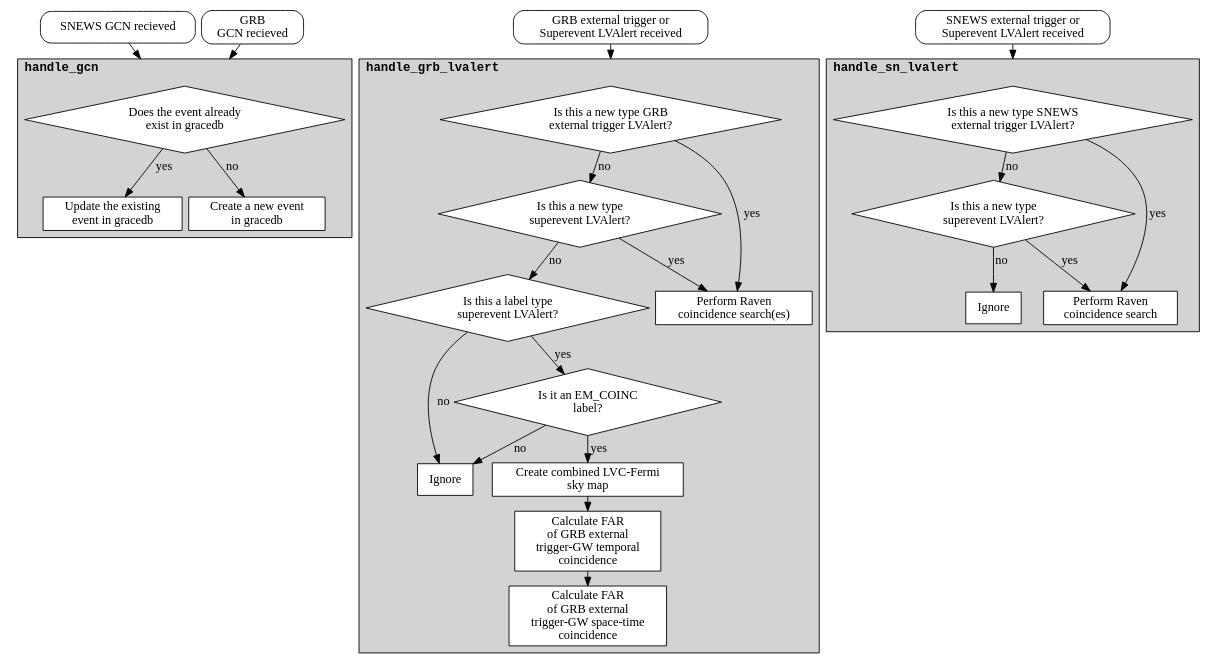
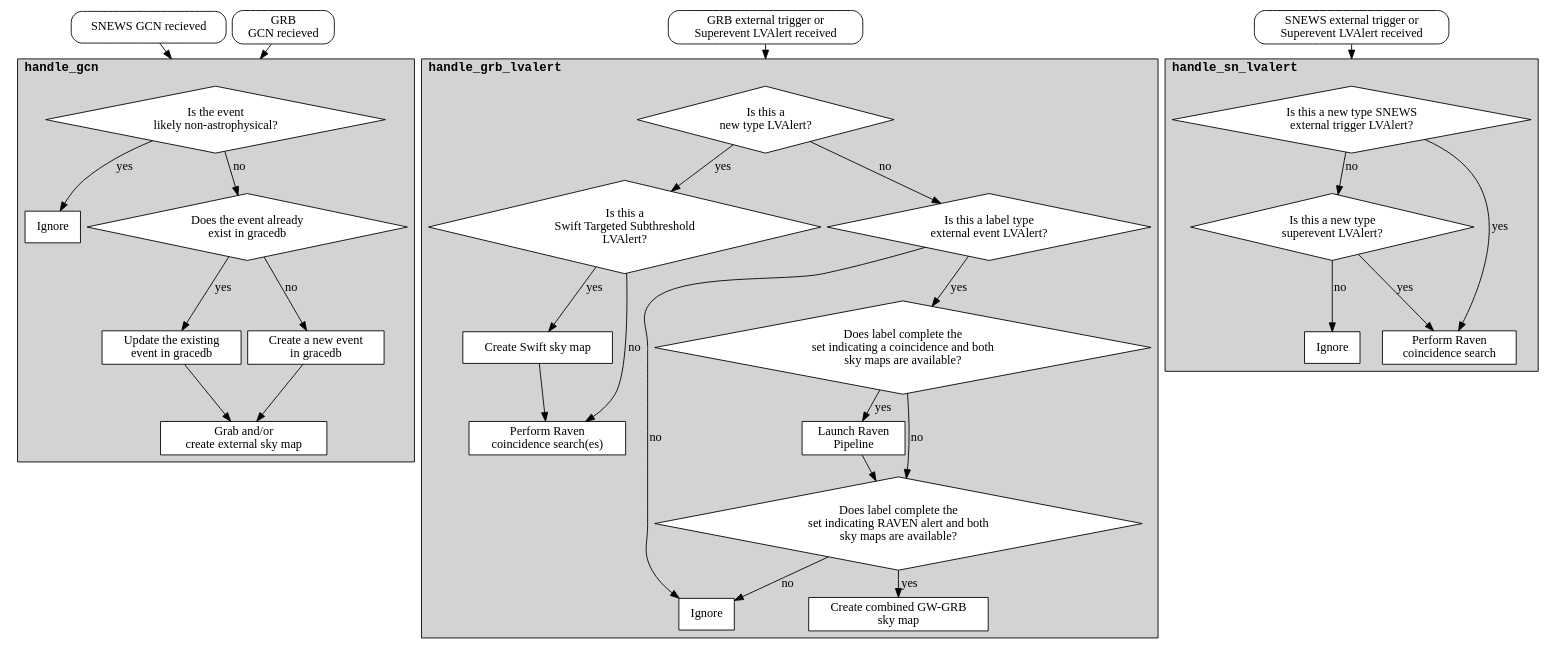
Before and after one commit to lpsinger/gwcelery: the diagram in doc/gwcelery.tasks.external_triggers.rst, drawn with Graphviz. The commit also changed 3 other files, not shown here.

```diff
--- a/doc/gwcelery.tasks.external_triggers.rst
+++ b/doc/gwcelery.tasks.external_triggers.rst
@@ -59,6 +59,15 @@
         href = "../gwcelery.tasks.external_triggers.html#gwcelery.tasks.external_triggers.handle_gcn"
         label = <<B><FONT face="monospace">handle_gcn</FONT></B>>
 
+        Ignore_gcn [
+            label="Ignore"
+        ]
+
+        Likely_noise [
+            shape=diamond
+            label="Is the event\nlikely non-astrophysical?"
+        ]
+
         Event_exists_in_Gracedb [
             shape=diamond
             label="Does the event already\nexist in gracedb"
@@ -71,18 +80,26 @@
         Create_new_event_in_gracedb [
             label="Create a new event\nin gracedb"
         ]
+  
+        Grab_create_skymap [
+            label="Grab and/or\ncreate external sky map"
+        ]
     }
 
-    SNEWS_GCN -> Event_exists_in_Gracedb [
+    SNEWS_GCN -> Likely_noise [
         lhead = cluster_gcn_handle
     ]
 
-    GRB_GCN -> Event_exists_in_Gracedb [
+    GRB_GCN -> Likely_noise [
         lhead = cluster_gcn_handle
     ]
 
+    Likely_noise -> Event_exists_in_Gracedb[label="no"]
+    Likely_noise -> Ignore_gcn[label="yes"]
     Event_exists_in_Gracedb -> Update_existing_event_in_gracedb[label="yes"]
     Event_exists_in_Gracedb -> Create_new_event_in_gracedb[label="no"]
+    Update_existing_event_in_gracedb -> Grab_create_skymap
+    Create_new_event_in_gracedb -> Grab_create_skymap
 
     GRB_External_Trigger_or_Superevent_LVAlert [
         style="rounded"
@@ -97,56 +114,64 @@
             label="Ignore"
         ]
 
-        Is_New_ExtTrig_LVAlert [
+        Is_New_LVAlert [
             shape=diamond
-            label="Is this a new type GRB\nexternal trigger LVAlert?"
+            label="Is this a\nnew type LVAlert?"
         ]
 
-        Is_New_Superevent_LVAlert [
+        Is_Swift_Subthresh_LVAlert [
             shape=diamond
-            label="Is this a new type\nsuperevent LVAlert?"
+            label="Is this a\nSwift Targeted Subthreshold\nLVAlert?"
         ]
 
-        Is_Label_Superevent_LVAlert [
-           shape=diamond
-           label="Is this a label type\nsuperevent LVAlert?"
+        Create_Swift_Skymap [
+            label="Create Swift sky map"
         ]
 
-        Is_Label_EM_COINC [
+        Is_Label_Exttrig_LVAlert [
             shape=diamond
-            label="Is it an EM_COINC\nlabel?"
+            label="Is this a label type\nexternal event LVAlert?"
         ]
 
         Perform_Raven_Search [
             label="Perform Raven\ncoincidence search(es)"
         ]
 
-        Create_Combined_Skymap [
-            label="Create combined LVC-Fermi\nsky map"
+        Does_Label_Launch_Pipeline [
+            shape=diamond
+            label="Does label complete the\nset indicating a coincidence and both\nsky maps are available?"
+        ]
+ 
+        Launch_Raven_Pipeline [
+            label="Launch Raven\nPipeline"
         ]
 
-        Calculate_Combined_FAR [
-            label="Calculate FAR\n of GRB external\ntrigger-GW temporal\ncoincidence"
+        Does_Label_Launch_Combined_Skymaps [
+            shape=diamond
+            label="Does label complete the\nset indicating RAVEN alert and both\nsky maps are available?"
         ]
 
-        Calculate_Combined_Spacetime_FAR [
-            label="Calculate FAR\n of GRB external\ntrigger-GW space-time\ncoincidence"
+        Create_Combined_Skymap [
+            label="Create combined GW-GRB\nsky map"
         ]
+
     }
 
-    GRB_External_Trigger_or_Superevent_LVAlert -> Is_New_ExtTrig_LVAlert [
+    GRB_External_Trigger_or_Superevent_LVAlert -> Is_New_LVAlert [
         lhead = cluster_grb_lvalert_handle
     ]
-    Is_New_ExtTrig_LVAlert -> Perform_Raven_Search[label="yes"]
-    Is_New_ExtTrig_LVAlert -> Is_New_Superevent_LVAlert[label="no"]
-    Is_New_Superevent_LVAlert -> Perform_Raven_Search[label="yes"]
-    Is_New_Superevent_LVAlert -> Is_Label_Superevent_LVAlert[label="no"];
-    Is_Label_Superevent_LVAlert -> Is_Label_EM_COINC[label="yes"];
-    Is_Label_Superevent_LVAlert -> Ignore[label="no"];
-    Is_Label_EM_COINC -> Create_Combined_Skymap[label="yes"];
-    Create_Combined_Skymap -> Calculate_Combined_FAR
-    Calculate_Combined_FAR -> Calculate_Combined_Spacetime_FAR
-    Is_Label_EM_COINC -> Ignore[label="no"]
+    Is_New_LVAlert -> Is_Swift_Subthresh_LVAlert[label="yes"]
+    Is_Swift_Subthresh_LVAlert -> Create_Swift_Skymap[label="yes"]
+    Create_Swift_Skymap -> Perform_Raven_Search
+    Is_Swift_Subthresh_LVAlert -> Perform_Raven_Search[label="no"]
+    Is_New_LVAlert -> Is_Label_Exttrig_LVAlert[label="no"]
+    Is_Label_Exttrig_LVAlert -> Does_Label_Launch_Pipeline[label="yes"]
+    Is_Label_Exttrig_LVAlert -> Ignore[label="no"]
+    Does_Label_Launch_Pipeline -> Launch_Raven_Pipeline[label="yes"]
+    Does_Label_Launch_Pipeline -> Does_Label_Launch_Combined_Skymaps[label="no"]
+    Launch_Raven_Pipeline -> Does_Label_Launch_Combined_Skymaps
+    Does_Label_Launch_Combined_Skymaps -> Create_Combined_Skymap[label="yes"]
+    Does_Label_Launch_Combined_Skymaps -> Ignore[label="no"]
 
     SNEWS_External_Trigger_or_Superevent_LVAlert [
         style="rounded"
```
